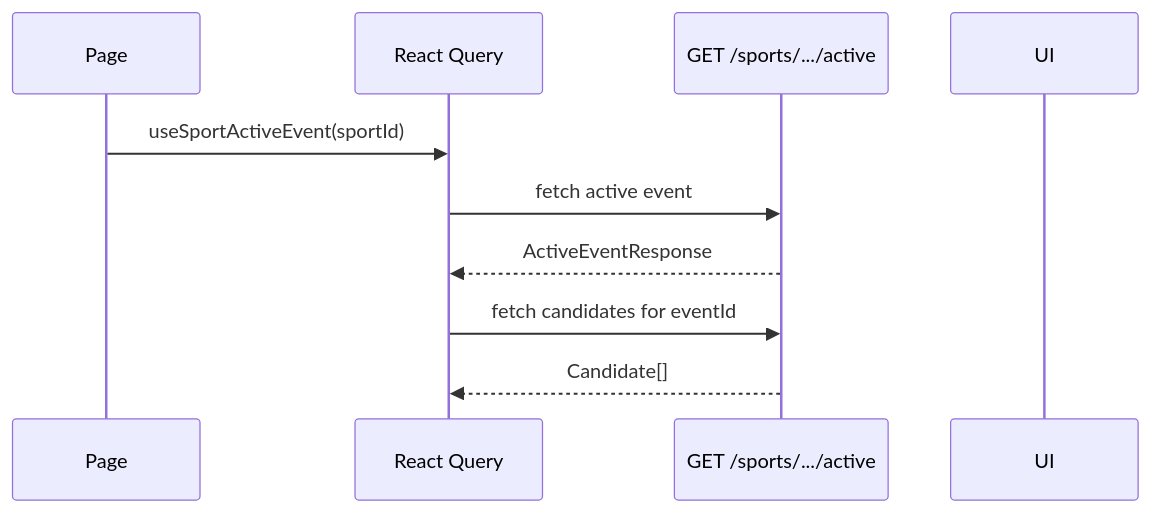
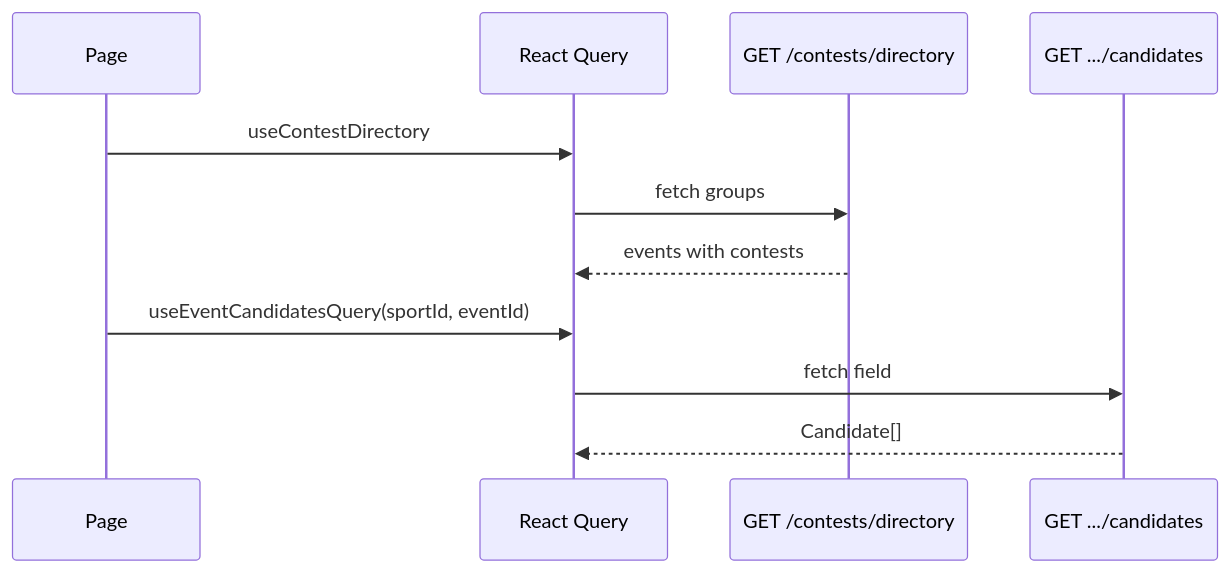
The first of 5 diagrams in spec/client/data-flow.md (MagRelo/cut), drawn with Mermaid before and after one commit. The commit also changed other lines of this file and 34 other files, not shown here.

````diff
--- a/spec/client/data-flow.md
+++ b/spec/client/data-flow.md
@@ -42,13 +50,14 @@
 ```mermaid
 sequenceDiagram
   participant Page
   participant RQ as React Query
-  participant API as GET /sports/.../active
-  participant UI
+  participant Dir as GET /contests/directory
+  participant Cand as GET .../candidates
 
-  Page->>RQ: useSportActiveEvent(sportId)
-  RQ->>API: fetch active event
-  API-->>RQ: ActiveEventResponse
-  RQ->>API: fetch candidates for eventId
-  API-->>RQ: Candidate[]
+  Page->>RQ: useContestDirectory
+  RQ->>Dir: fetch groups
+  Dir-->>RQ: events with contests
+  Page->>RQ: useEventCandidatesQuery(sportId, eventId)
+  RQ->>Cand: fetch field
+  Cand-->>RQ: Candidate[]
 ```
````
